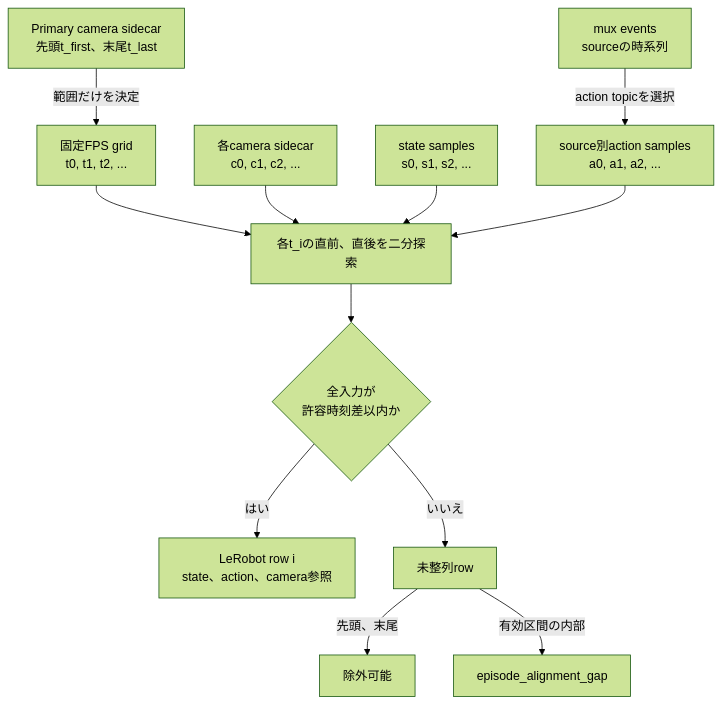
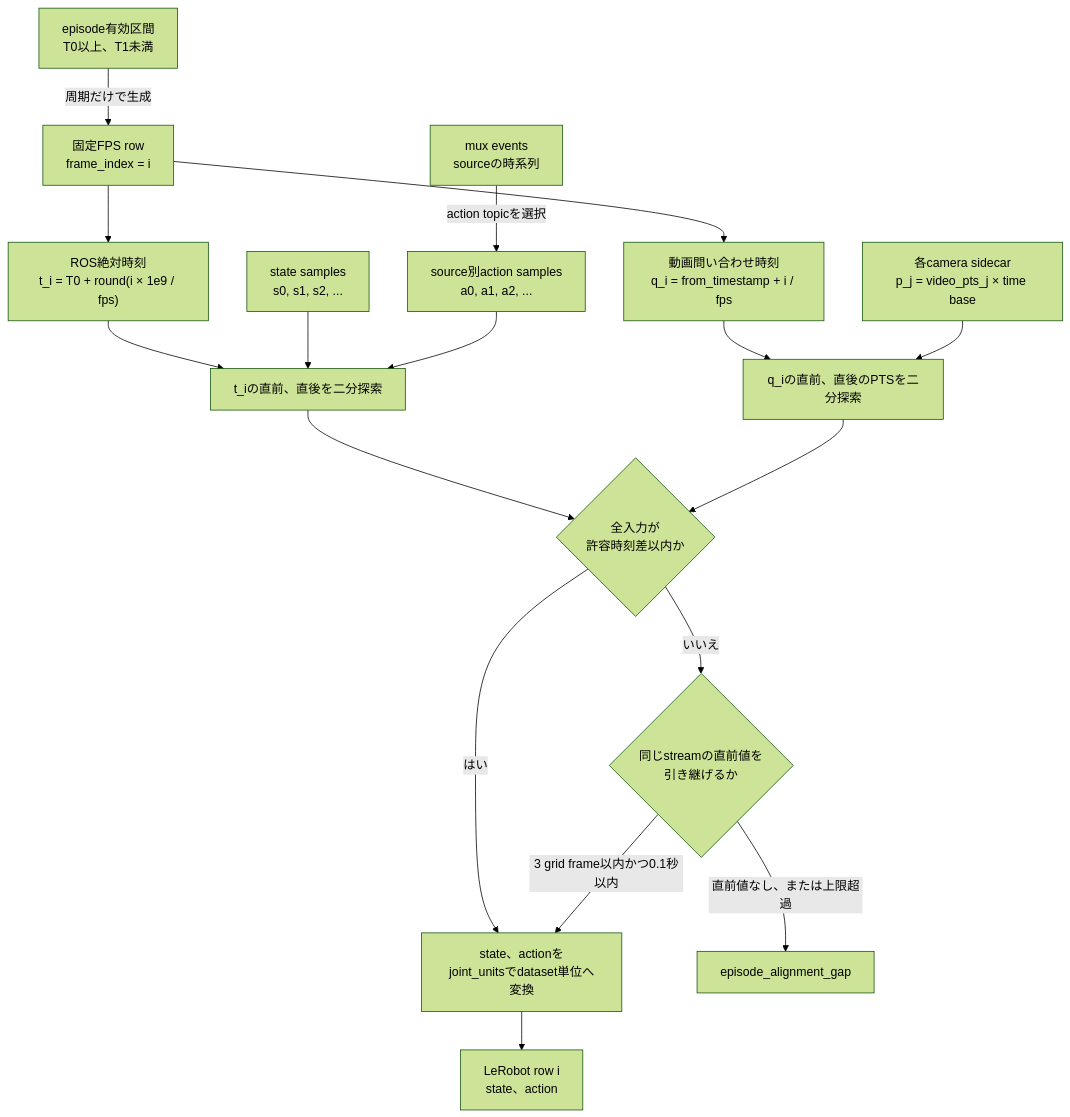
One commit to takatronix/fluent_vision_ros2 changed the seventh of 11 diagrams in src/streaming/fv_lerobot_exporter/docs/lerobot_dataset_export.md. Above: the diagram before and after it, drawn with Mermaid (forest theme). The commit also changed other lines of this file and 21 other files, not shown here.

````diff
--- a/src/streaming/fv_lerobot_exporter/docs/lerobot_dataset_export.md
+++ b/src/streaming/fv_lerobot_exporter/docs/lerobot_dataset_export.md
@@ -379,26 +479,33 @@
 ```mermaid
 flowchart TB
-    PRIMARY["Primary camera sidecar<br/>先頭t_first、末尾t_last"]
-    GRID["固定FPS grid<br/>t0, t1, t2, ..."]
+    INTERVAL["episode有効区間<br/>T0以上、T1未満"]
+    GRID["固定FPS row<br/>frame_index = i"]
+    ROSQUERY["ROS絶対時刻<br/>t_i = T0 + round(i × 1e9 / fps)"]
+    VIDEOQUERY["動画問い合わせ時刻<br/>q_i = from_timestamp + i / fps"]
 
-    CAMERA["各camera sidecar<br/>c0, c1, c2, ..."]
+    CAMERA["各camera sidecar<br/>p_j = video_pts_j × time base"]
     STATE["state samples<br/>s0, s1, s2, ..."]
     MUX["mux events<br/>sourceの時系列"]
     ACTION["source別action samples<br/>a0, a1, a2, ..."]
 
-    SEARCH["各t_iの直前、直後を二分探索"]
+    ROSSEARCH["t_iの直前、直後を二分探索"]
+    VIDEOSEARCH["q_iの直前、直後のPTSを二分探索"]
     LIMIT{"全入力が<br/>許容時刻差以内か"}
-    ROW["LeRobot row i<br/>state、action、camera参照"]
-    UNALIGNED["未整列row"]
+    SCALE["state、actionを<br/>joint_unitsでdataset単位へ変換"]
+    ROW["LeRobot row i<br/>state、action"]
+    CARRY{"同じstreamの直前値を<br/>引き継げるか"}
+    ERROR["episode_alignment_gap"]
 
-    PRIMARY -->|"範囲だけを決定"| GRID
-    GRID --> SEARCH
-    CAMERA --> SEARCH
-    STATE --> SEARCH
-    MUX -->|"action topicを選択"| ACTION --> SEARCH
-    SEARCH --> LIMIT
-    LIMIT -->|"はい"| ROW
-    LIMIT -->|"いいえ"| UNALIGNED
-    UNALIGNED -->|"先頭、末尾"| TRIM["除外可能"]
-    UNALIGNED -->|"有効区間の内部"| ERROR["episode_alignment_gap"]
+    INTERVAL -->|"周期だけで生成"| GRID
+    GRID --> ROSQUERY --> ROSSEARCH
+    GRID --> VIDEOQUERY --> VIDEOSEARCH
+    CAMERA --> VIDEOSEARCH
+    STATE --> ROSSEARCH
+    MUX -->|"action topicを選択"| ACTION --> ROSSEARCH
+    ROSSEARCH --> LIMIT
+    VIDEOSEARCH --> LIMIT
+    LIMIT -->|"はい"| SCALE --> ROW
+    LIMIT -->|"いいえ"| CARRY
+    CARRY -->|"3 grid frame以内かつ0.1秒以内"| SCALE
+    CARRY -->|"直前値なし、または上限超過"| ERROR
 ```
````
